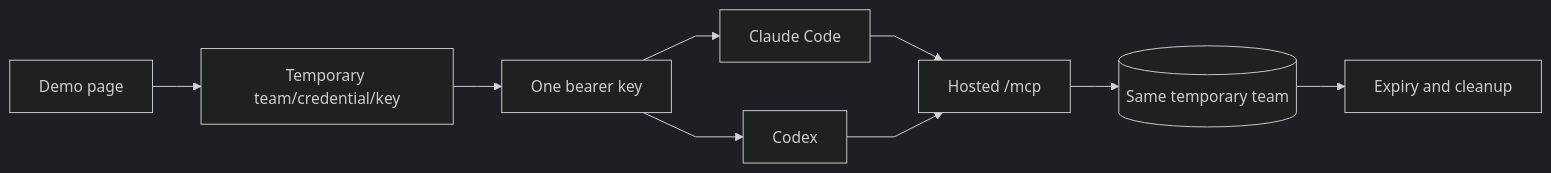
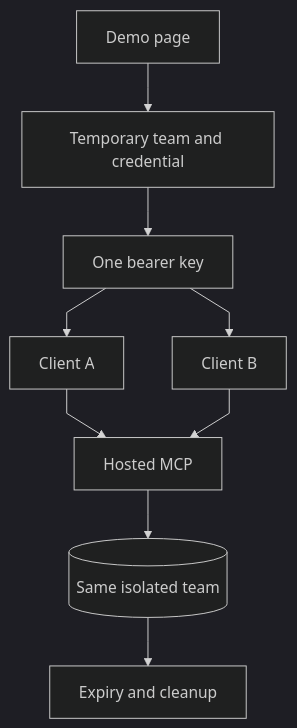
One commit to markhuangai/dense-mem changed the diagram in Hosted-Demo.md. Above: the diagram before and after it, drawn with Mermaid (dark theme). The commit also changed other lines of this file and 34 other files, not shown here.

````diff
--- a/Hosted-Demo.md
+++ b/Hosted-Demo.md
@@ -27,12 +7,12 @@
 ```mermaid
 %%{init: {"flowchart": {"curve": "linear"}}}%%
-flowchart LR
-  Browser["Demo page"] --> Provision["Temporary team/credential/key"]
+flowchart TB
+  Browser["Demo page"] --> Provision["Temporary team and credential"]
   Provision --> Key["One bearer key"]
-  Key --> Claude["Claude Code"]
-  Key --> Codex["Codex"]
-  Claude --> Demo["Hosted /mcp"]
-  Codex --> Demo
-  Demo --> Team[("Same temporary team")]
-  Team --> Expire["Expiry and cleanup"]
+  Key --> A["Client A"]
+  Key --> B["Client B"]
+  A --> MCP["Hosted MCP"]
+  B --> MCP
+  MCP --> Team[("Same isolated team")]
+  Team --> Expiry["Expiry and cleanup"]
 ```
````
